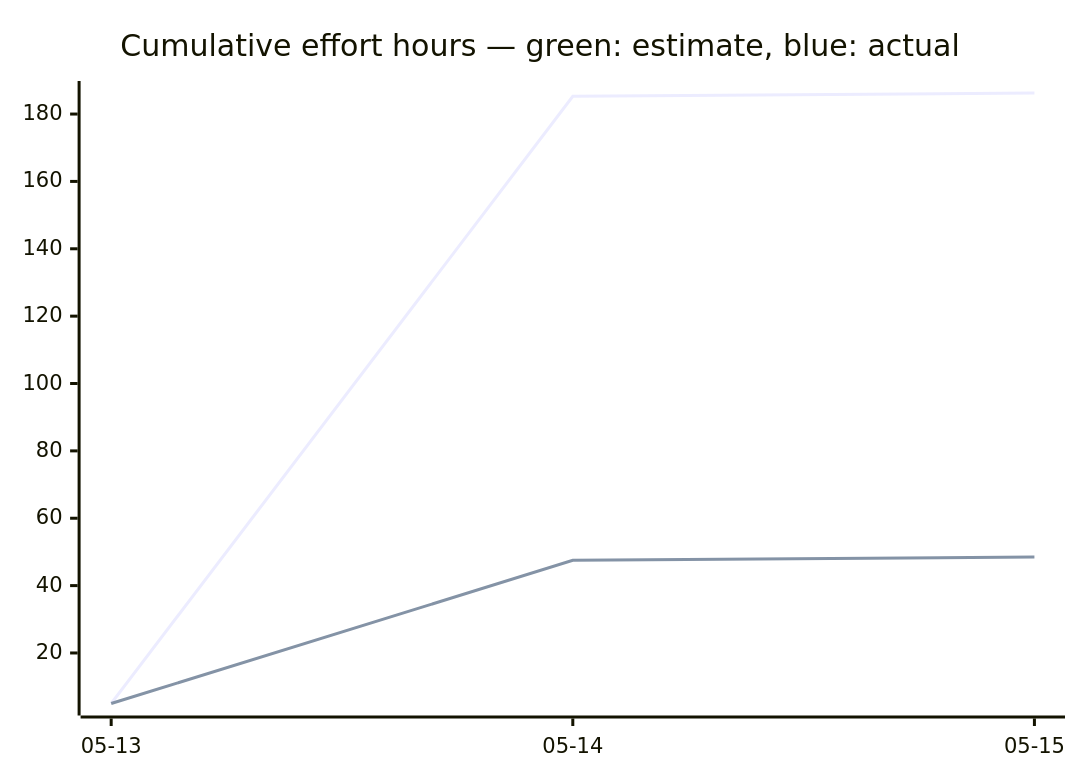
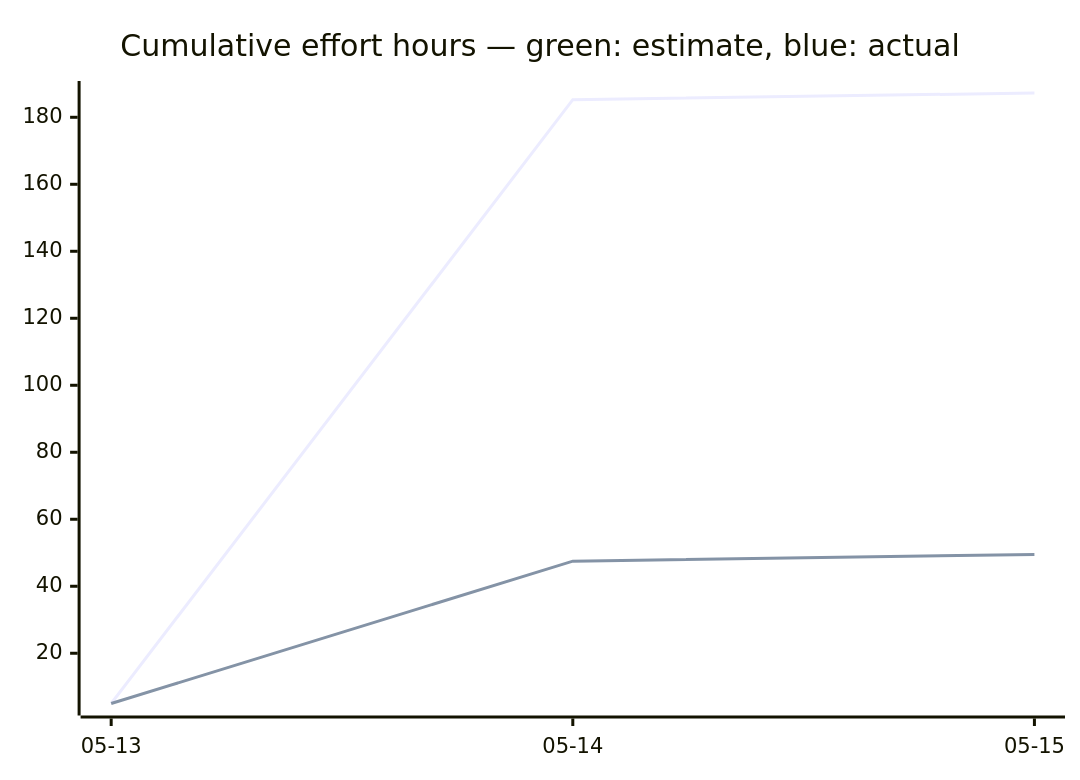
One commit to tgd1975/CircuitSmith changed the third of 3 diagrams in docs/developers/tasks/OVERVIEW.md. Above: the diagram before and after it, drawn with Mermaid. The commit also changed other lines of this file and 4 other files, not shown here.

````diff
--- a/docs/developers/tasks/OVERVIEW.md
+++ b/docs/developers/tasks/OVERVIEW.md
@@ -39,7 +39,7 @@
 ```mermaid
 xychart-beta
     title "Cumulative effort hours — green: estimate, blue: actual"
     x-axis ["05-13", "05-14", "05-15"]
-    line [5, 185.25, 186.25]
-    line [5, 47.5, 48.5]
+    line [5, 185.25, 187.25]
+    line [5, 47.5, 49.5]
 ```
````
